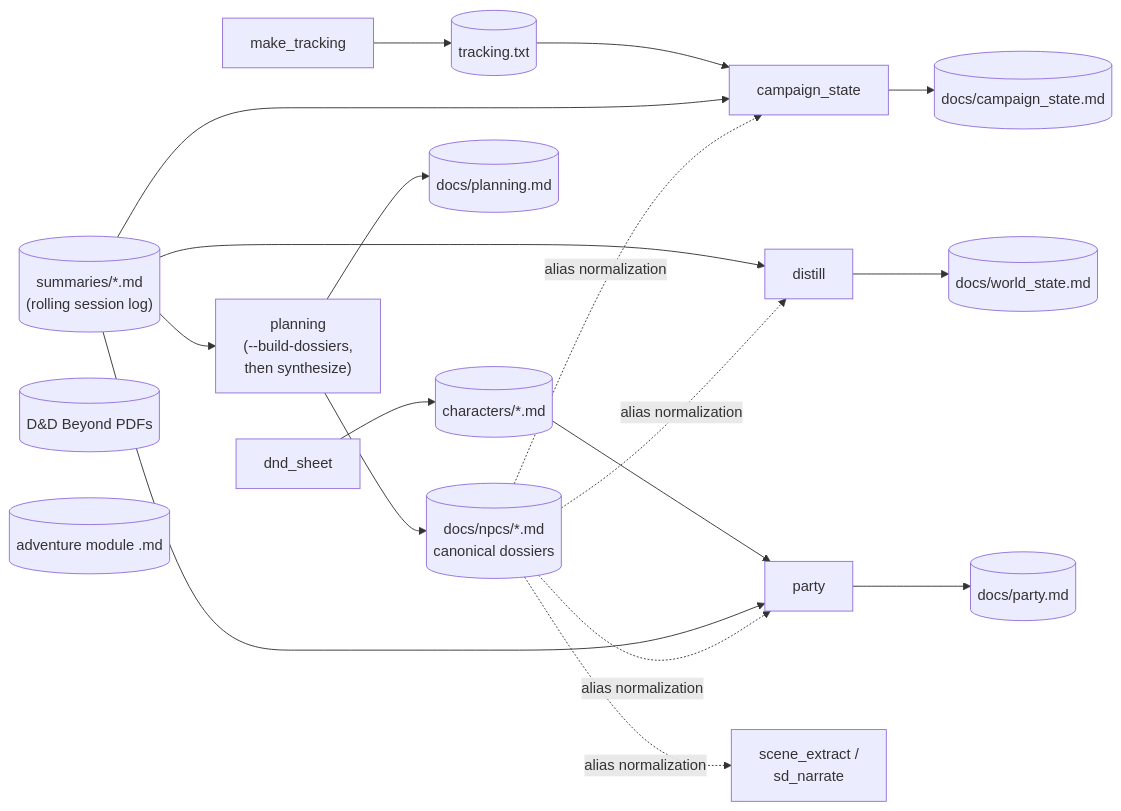
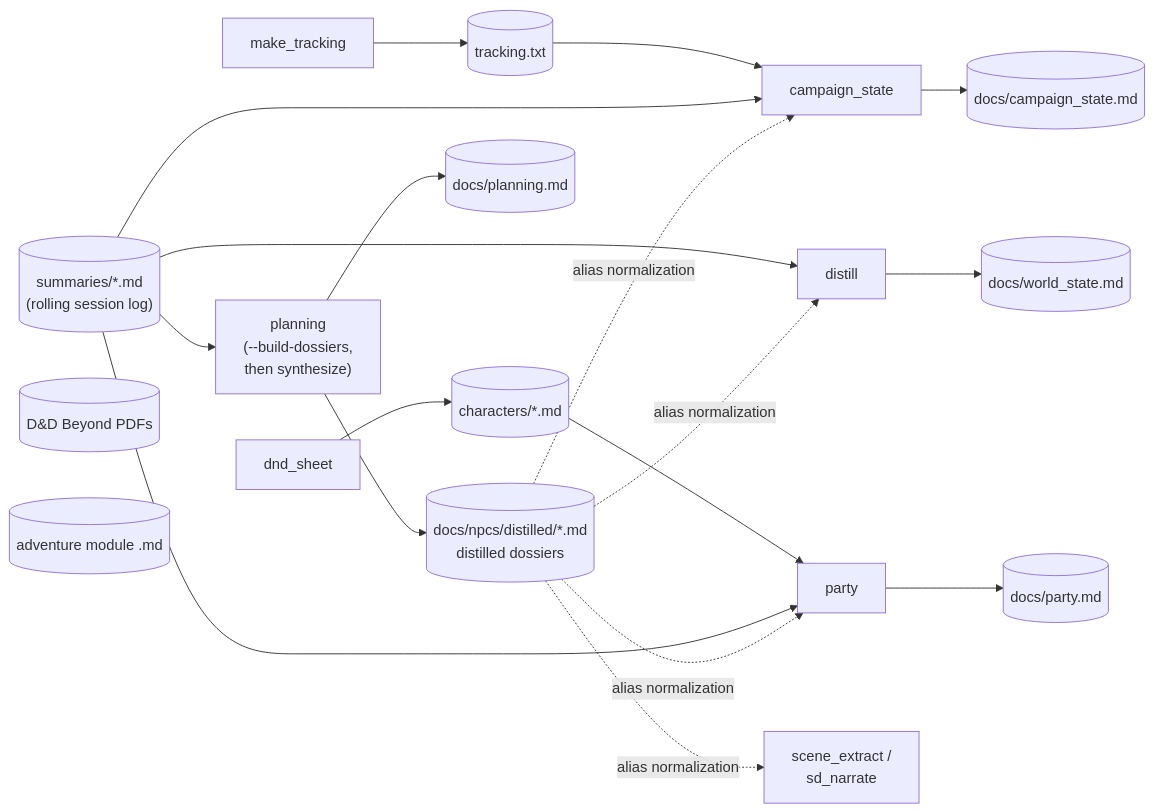
One commit to kostadis/CampaignGenerator changed the second of 3 diagrams in docs/core/architecture.md. Above: the diagram before and after it, drawn with Mermaid. The commit also changed other lines of this file and 4 other files, not shown here.

First line of the commit message:
docs: NPC dossiers howto, migration guide, architecture and CLAUDE.md rules

````diff
--- a/docs/core/architecture.md
+++ b/docs/core/architecture.md
@@ -107,21 +107,21 @@
 ```mermaid
 flowchart LR
     SUMS[("summaries/*.md<br/>(rolling session log)")]
     PDFS[("D&D Beyond PDFs")]
     MOD[("adventure module .md")]
 
     DS["dnd_sheet"] --> CHARS[("characters/*.md")]
     MT["make_tracking"] --> TRK[("tracking.txt")]
     TRK --> CS["campaign_state"]
     SUMS --> CS --> CSDOC[("docs/campaign_state.md")]
     SUMS --> DI["distill"] --> WS[("docs/world_state.md")]
     CHARS --> PT["party"] --> PD[("docs/party.md")]
     SUMS --> PT
     SUMS --> PLAN["planning<br/>(--build-dossiers,<br/>then synthesize)"] --> PLDOC[("docs/planning.md")]
-    PLAN --> DOSS[("docs/npcs/*.md<br/>canonical dossiers")]
+    PLAN --> DOSS[("docs/npcs/distilled/*.md<br/>distilled dossiers")]
 
     DOSS -. alias normalization .-> CS
     DOSS -. alias normalization .-> DI
     DOSS -. alias normalization .-> PT
     DOSS -. alias normalization .-> SE2["scene_extract /<br/>sd_narrate"]
 ```
````
